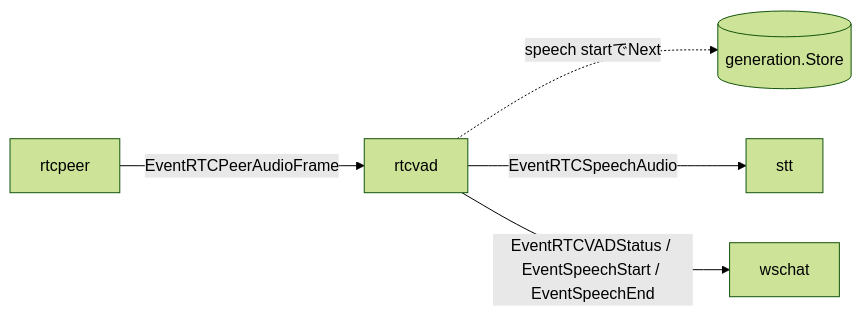
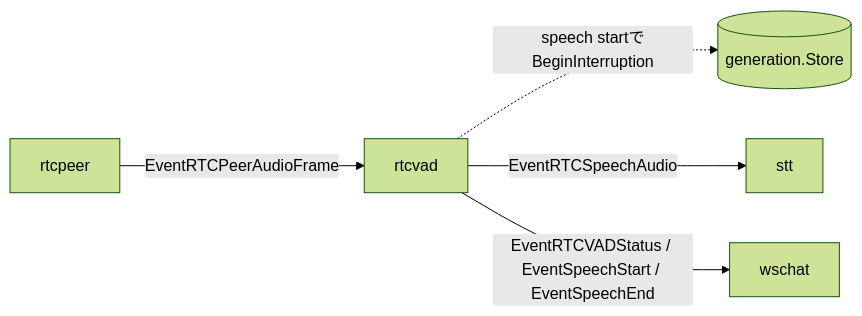
Before and after one commit to tetetratra/smart-speaker: the diagram in docs/components/rtcvad.md, drawn with Mermaid (forest theme). The commit also changed other lines of this file and 6 other files, not shown here.

Commit message:
docs: update VAD interruption flow

````diff
--- a/docs/components/rtcvad.md
+++ b/docs/components/rtcvad.md
@@ -38,7 +39,7 @@
 ```mermaid
 flowchart LR
   RTCPeer["rtcpeer"] -->|"EventRTCPeerAudioFrame"| VAD["rtcvad"]
-  VAD -.->|"speech startでNext"| GEN[("generation.Store")]
+  VAD -.->|"speech startでBeginInterruption"| GEN[("generation.Store")]
   VAD -->|"EventRTCSpeechAudio"| STT["stt"]
   VAD -->|"EventRTCVADStatus / EventSpeechStart / EventSpeechEnd"| WS["wschat"]
 ```
````
